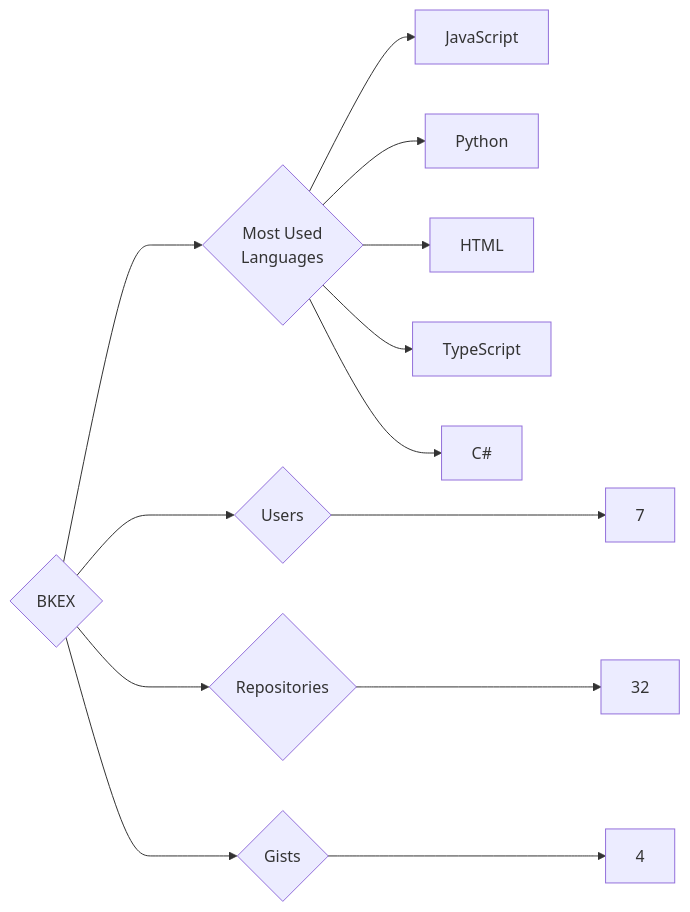
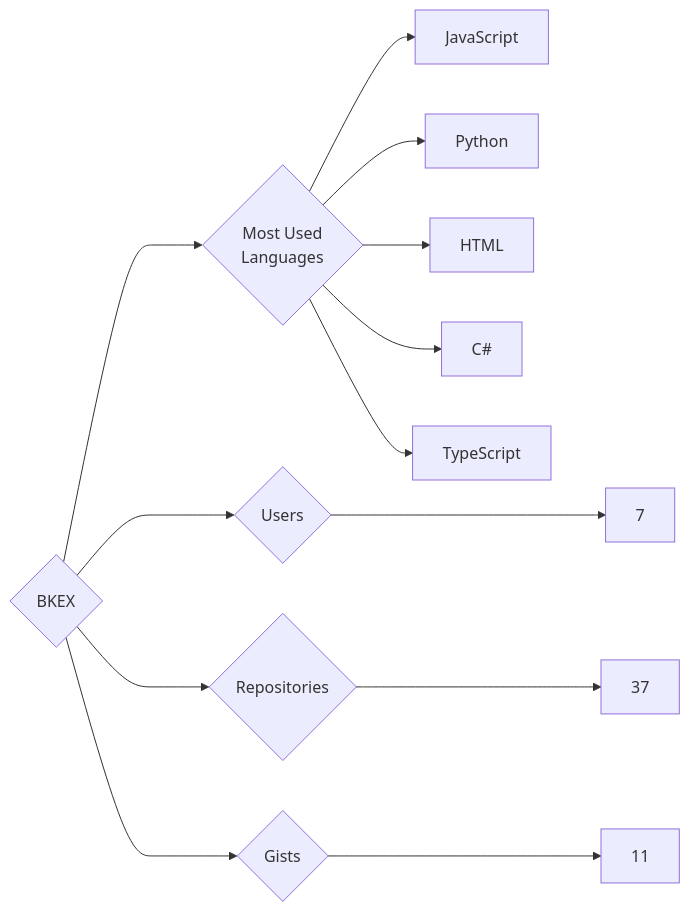
The diagram in targets/BKEX/README.md (trickest/insiders), drawn with Mermaid before and after one commit. The commit also changed 880 other files, not shown here.

````diff
--- a/targets/BKEX/README.md
+++ b/targets/BKEX/README.md
@@ -3,13 +3,13 @@
 ```mermaid
 graph LR
 COMPANY_NAME{BKEX}
 COMPANY_NAME ---> U{Users} ---> UN[7]
-COMPANY_NAME ---> R{Repositories} ---> RN[32]
-COMPANY_NAME ---> G{Gists} ---> GN[4]
+COMPANY_NAME ---> R{Repositories} ---> RN[37]
+COMPANY_NAME ---> G{Gists} ---> GN[11]
 COMPANY_NAME ---> ML{Most Used<br>Languages}
 ML --> JavaScript[JavaScript]
 ML --> Python[Python]
 ML --> HTML[HTML]
+ML --> C#[C#]
 ML --> TypeScript[TypeScript]
-ML --> C#[C#]
 ```
````
